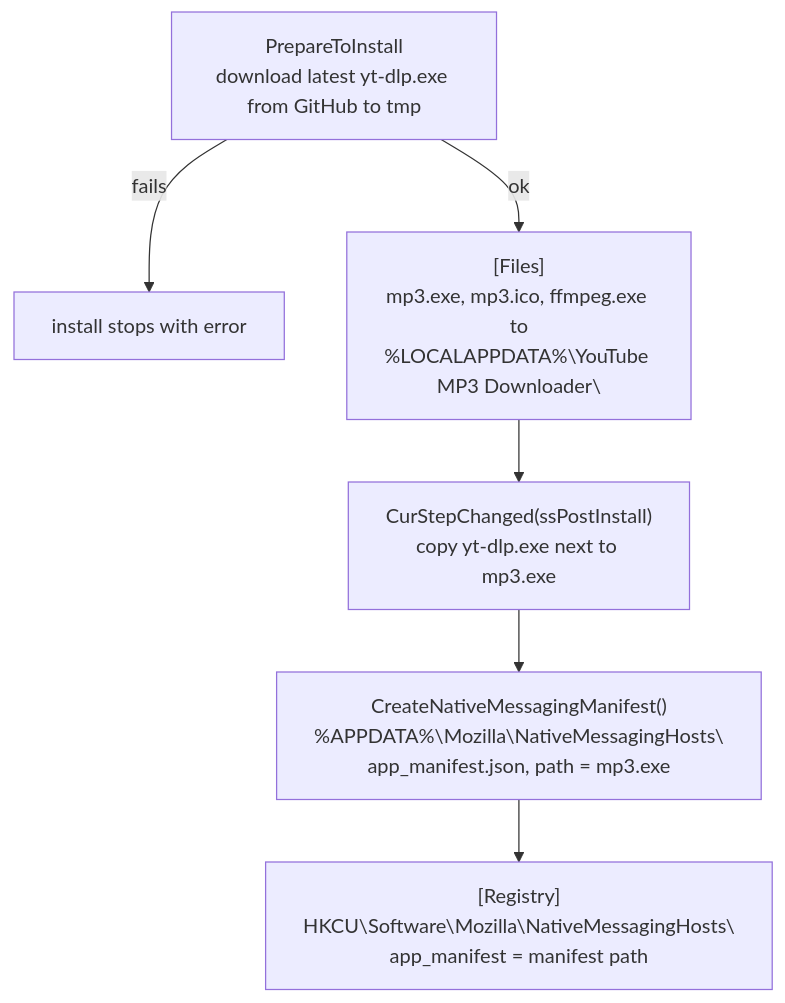
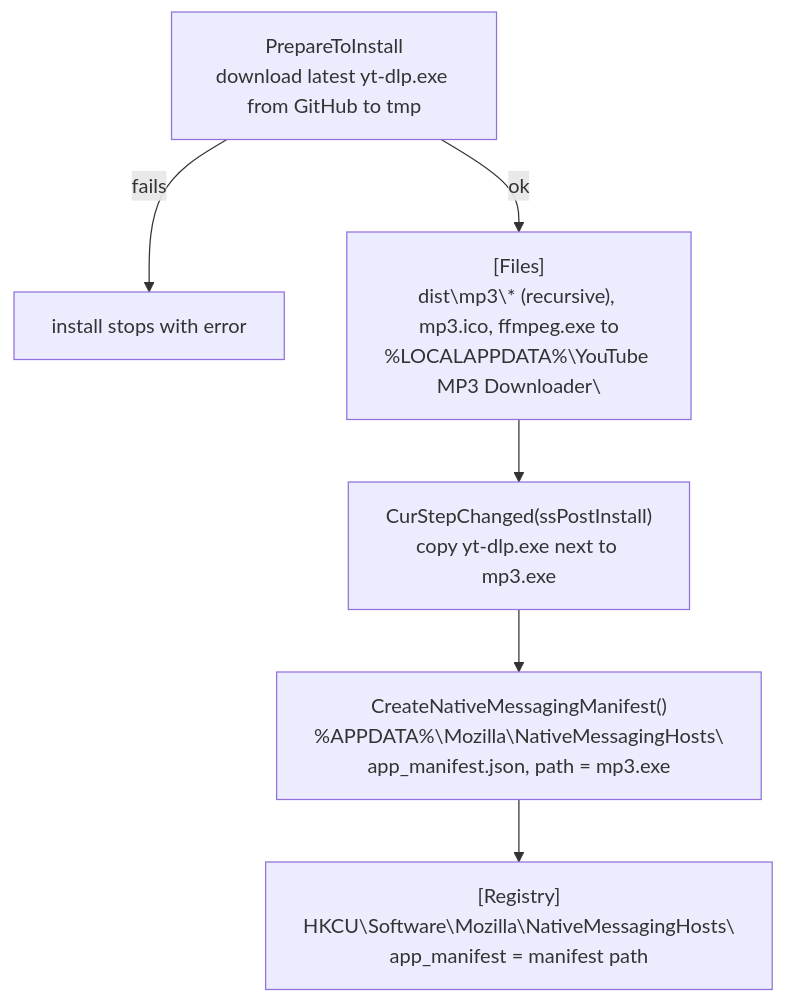
Diagram 17 of 18 in ARCHITECTURE.md (martin-iflap/YT-MP3-Downloader), drawn with Mermaid before and after one commit. The commit also changed other lines of this file and 11 other files, not shown here.

````diff
--- a/ARCHITECTURE.md
+++ b/ARCHITECTURE.md
@@ -617,8 +637,8 @@
 ```mermaid
 flowchart TB
     P["PrepareToInstall<br/>download latest yt-dlp.exe from GitHub to tmp"] -- "fails" --> STOP["install stops with error"]
-    P -- ok --> F["[Files]<br/>mp3.exe, mp3.ico, ffmpeg.exe to<br/>%LOCALAPPDATA%\YouTube MP3 Downloader\"]
+    P -- ok --> F["[Files]<br/>dist\mp3\* (recursive), mp3.ico, ffmpeg.exe to<br/>%LOCALAPPDATA%\YouTube MP3 Downloader\"]
     F --> C["CurStepChanged(ssPostInstall)<br/>copy yt-dlp.exe next to mp3.exe"]
     C --> M["CreateNativeMessagingManifest()<br/>%APPDATA%\Mozilla\NativeMessagingHosts\<br/>app_manifest.json, path = mp3.exe"]
     M --> R["[Registry]<br/>HKCU\Software\Mozilla\NativeMessagingHosts\<br/>app_manifest = manifest path"]
 ```
````
